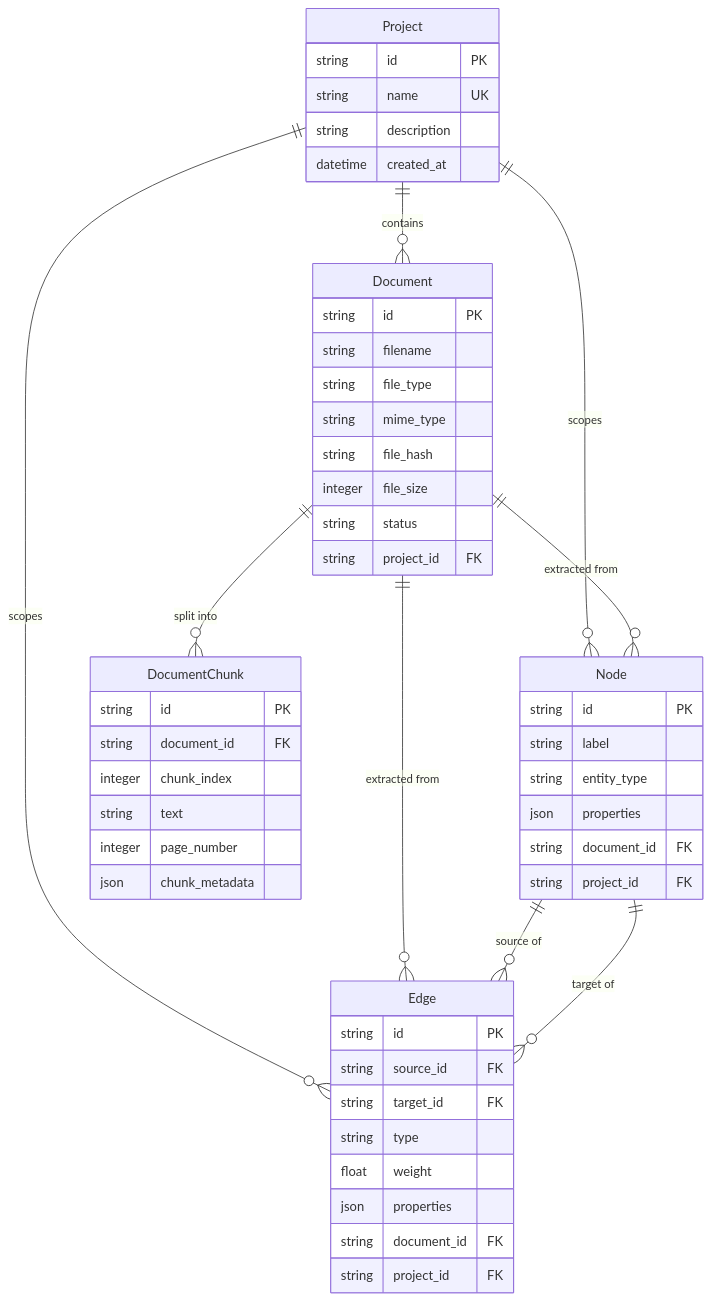
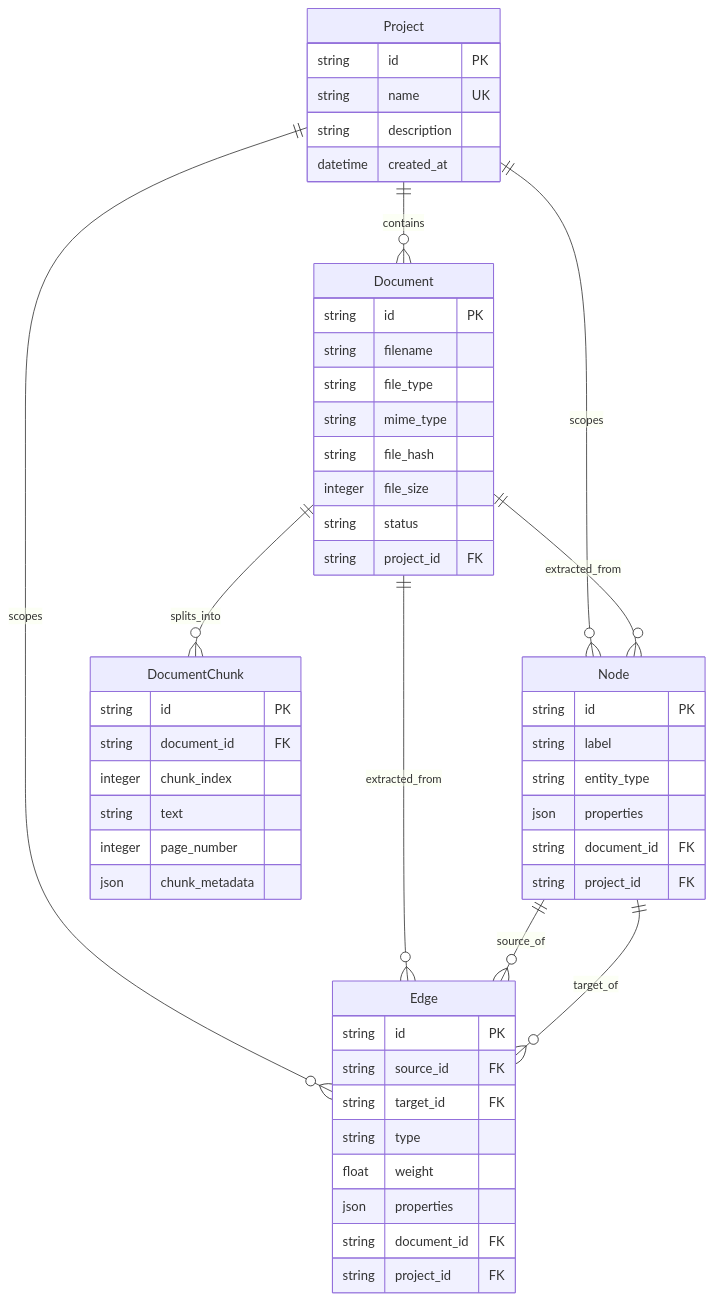
The sixth of 9 diagrams in docs/ATLAS_DISCOVERY_VISION.md (AidanSYu/Atlas-OS), drawn with Mermaid before and after one commit. The commit also changed other lines of this file and 1 other file, not shown here.

Commit message:
docs: Move ATLAS_DISCOVERY_VISION.md to docs/ and refactor content for improved path portability and diagram clarity.

````diff
--- a/docs/ATLAS_DISCOVERY_VISION.md
+++ b/docs/ATLAS_DISCOVERY_VISION.md
@@ -289,54 +267,54 @@
 ```mermaid
 erDiagram
     Project ||--o{ Document : contains
     Project ||--o{ Node : scopes
     Project ||--o{ Edge : scopes
-    Document ||--o{ DocumentChunk : "split into"
-    Document ||--o{ Node : "extracted from"
-    Document ||--o{ Edge : "extracted from"
-    Node ||--o{ Edge : "source of"
-    Node ||--o{ Edge : "target of"
+    Document ||--o{ DocumentChunk : splits_into
+    Document ||--o{ Node : extracted_from
+    Document ||--o{ Edge : extracted_from
+    Node ||--o{ Edge : source_of
+    Node ||--o{ Edge : target_of
 
     Project {
         string id PK
         string name UK
         string description
         datetime created_at
     }
     Document {
         string id PK
         string filename
         string file_type
         string mime_type
         string file_hash
         integer file_size
         string status
         string project_id FK
     }
     DocumentChunk {
         string id PK
         string document_id FK
         integer chunk_index
         string text
         integer page_number
         json chunk_metadata
     }
     Node {
         string id PK
         string label
         string entity_type
         json properties
         string document_id FK
         string project_id FK
     }
     Edge {
         string id PK
         string source_id FK
         string target_id FK
         string type
         float weight
         json properties
         string document_id FK
         string project_id FK
     }
 ```
````
